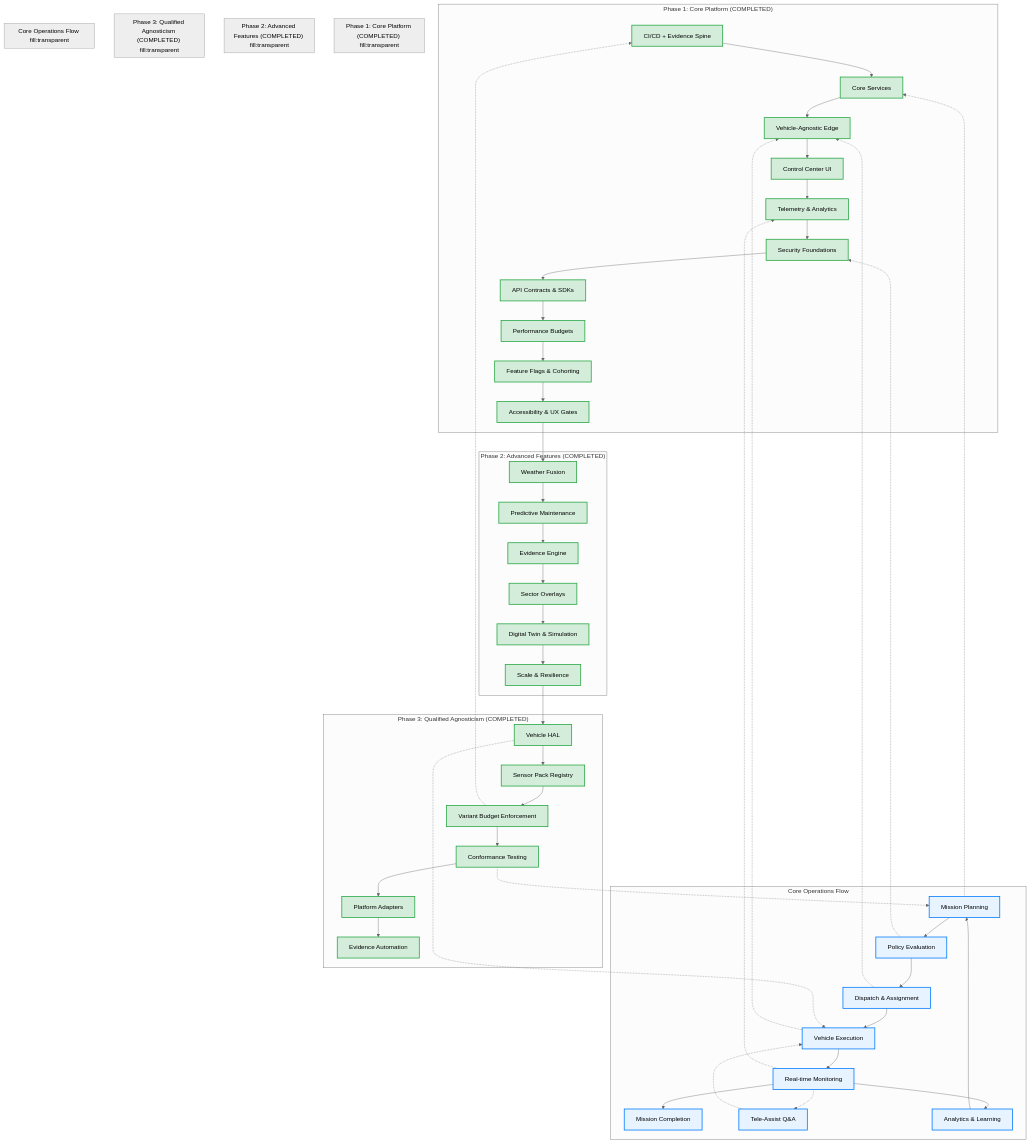
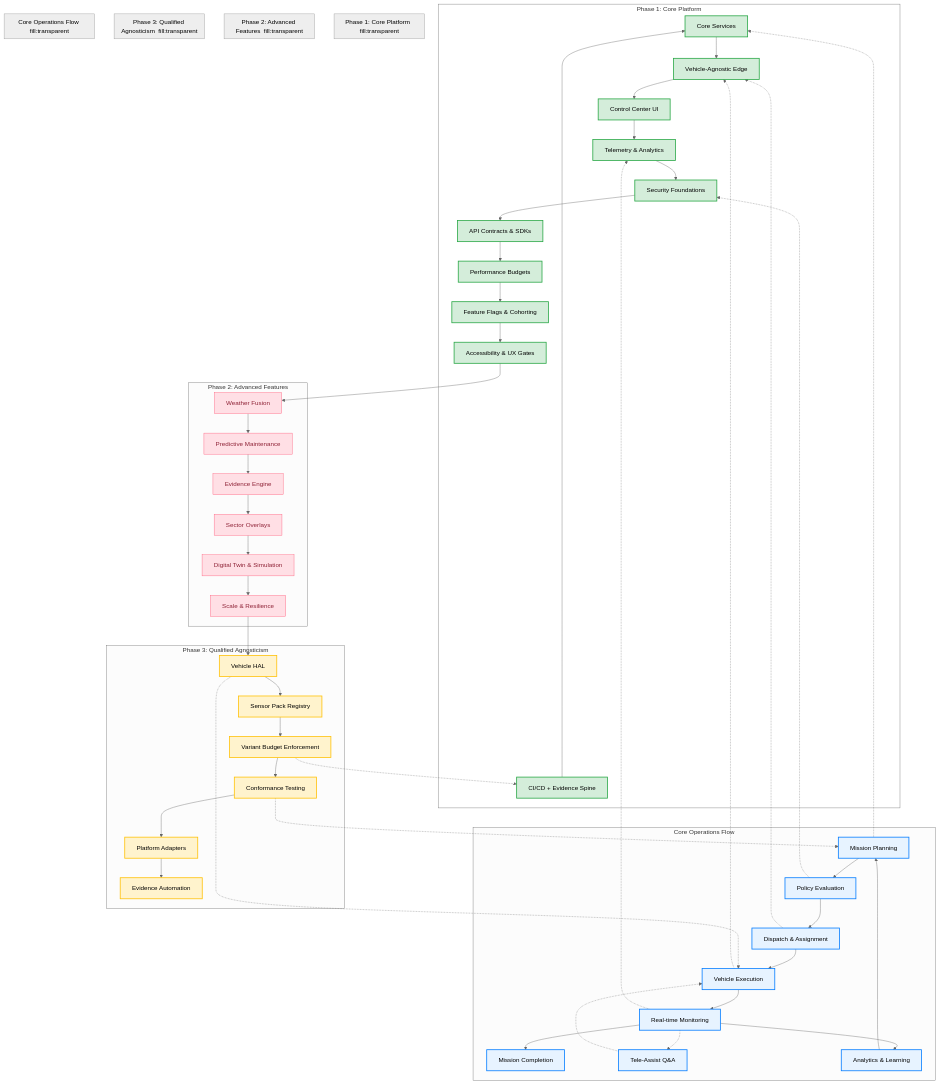
Before and after one commit to suprachakra/AtlasMesh-Fleet-OS: the third of 10 diagrams in README.md, drawn with Mermaid (neutral theme).

````diff
--- a/README.md
+++ b/README.md
@@ -239,72 +239,123 @@
 ```mermaid
-graph TB
-    subgraph "Phase 1: Core Platform (COMPLETED)"
-        A1[CI/CD + Evidence Spine] --> A2[Core Services]
-        A2 --> A3[Vehicle-Agnostic Edge]
-        A3 --> A4[Control Center UI]
-        A4 --> A5[Telemetry & Analytics]
-        A5 --> A6[Security Foundations]
-        A6 --> A7[API Contracts & SDKs]
-        A7 --> A8[Performance Budgets]
-        A8 --> A9[Feature Flags & Cohorting]
-        A9 --> A10[Accessibility & UX Gates]
-    end
-    
-    subgraph "Phase 2: Advanced Features (COMPLETED)"
-        B1[Weather Fusion] --> B2[Predictive Maintenance]
-        B2 --> B3[Evidence Engine]
-        B3 --> B4[Sector Overlays]
-        B4 --> B5[Digital Twin & Simulation]
-        B5 --> B6[Scale & Resilience]
-    end
-    
-    subgraph "Phase 3: Qualified Agnosticism (COMPLETED)"
-        D1[Vehicle HAL] --> D2[Sensor Pack Registry]
-        D2 --> D3[Variant Budget Enforcement]
-        D3 --> D4[Conformance Testing]
-        D4 --> D5[Platform Adapters]
-        D5 --> D6[Evidence Automation]
-    end
-    
-    subgraph "Core Operations Flow"
-        C1[Mission Planning] --> C2[Policy Evaluation]
-        C2 --> C3[Dispatch & Assignment]
-        C3 --> C4[Vehicle Execution]
-        C4 --> C5[Real-time Monitoring]
-        C5 --> C6[Mission Completion]
-        C5 -.-> C7[Tele-Assist Q&A]
-        C7 -.-> C4
-        C5 --> C8[Analytics & Learning]
-        C8 --> C1
-    end
-    
+flowchart TB
+ subgraph subGraph0["Phase 1: Core Platform"]
+        A2["Core Services"]
+        A1["CI/CD + Evidence Spine"]
+        A3["Vehicle-Agnostic Edge"]
+        A4["Control Center UI"]
+        A5["Telemetry & Analytics"]
+        A6["Security Foundations"]
+        A7["API Contracts & SDKs"]
+        A8["Performance Budgets"]
+        A9["Feature Flags & Cohorting"]
+        A10["Accessibility & UX Gates"]
+  end
+ subgraph subGraph1["Phase 2: Advanced Features"]
+        B2["Predictive Maintenance"]
+        B1["Weather Fusion"]
+        B3["Evidence Engine"]
+        B4["Sector Overlays"]
+        B5["Digital Twin & Simulation"]
+        B6["Scale & Resilience"]
+  end
+ subgraph subGraph2["Phase 3: Qualified Agnosticism"]
+        D2["Sensor Pack Registry"]
+        D1["Vehicle HAL"]
+        D3["Variant Budget Enforcement"]
+        D4["Conformance Testing"]
+        D5["Platform Adapters"]
+        D6["Evidence Automation"]
+  end
+ subgraph subGraph3["Core Operations Flow"]
+        C2["Policy Evaluation"]
+        C1["Mission Planning"]
+        C3["Dispatch & Assignment"]
+        C4["Vehicle Execution"]
+        C5["Real-time Monitoring"]
+        C6["Mission Completion"]
+        C7["Tele-Assist Q&A"]
+        C8["Analytics & Learning"]
+  end
+ subgraph subGraph4["Phase 1: Core Platform  fill:transparent"]
+  end
+ subgraph subGraph5["Phase 2: Advanced Features  fill:transparent"]
+  end
+ subgraph subGraph6["Phase 3: Qualified Agnosticism  fill:transparent"]
+  end
+ subgraph subGraph7["Core Operations Flow fill:transparent"]
+  end
+    A1 --> A2
+    A2 --> A3
+    A3 --> A4
+    A4 --> A5
+    A5 --> A6
+    A6 --> A7
+    A7 --> A8
+    A8 --> A9
+    A9 --> A10
+    B1 --> B2
+    B2 --> B3
+    B3 --> B4
+    B4 --> B5
+    B5 --> B6
+    D1 --> D2
+    D2 --> D3
+    D3 --> D4
+    D4 --> D5
+    D5 --> D6
+    C1 --> C2
+    C2 --> C3
+    C3 --> C4
+    C4 --> C5
+    C5 --> C6 & C8
+    C5 -.-> C7 & A5
+    C7 -.-> C4
+    C8 --> C1
     A10 --> B1
     B6 --> D1
     C1 -.-> A2
     C2 -.-> A6
     C3 -.-> A3
     C4 -.-> A3
-    C5 -.-> A5
     D1 -.-> C4
     D3 -.-> A1
     D4 -.-> C1
-    
-    classDef completed fill:#d4edda,stroke:#28a745,stroke-width:2px
-    classDef pending fill:#fff3cd,stroke:#ffc107,stroke-width:2px
+
+     A2:::completed
+     A1:::completed
+     A3:::completed
+     A4:::completed
+     A5:::completed
+     A6:::completed
+     A7:::completed
+     A8:::completed
+     A9:::completed
+     A10:::completed
+     B2:::Rose
+     B1:::Rose
+     B3:::Rose
+     B4:::Rose
+     B5:::Rose
+     B6:::Rose
+     D2:::pending
+     D1:::pending
+     D3:::pending
+     D4:::pending
+     D5:::pending
+     D6:::pending
+     C2:::operations
+     C1:::operations
+     C3:::operations
+     C4:::operations
+     C5:::operations
+     C6:::operations
+     C7:::operations
+     C8:::operations
     classDef operations fill:#e7f3ff,stroke:#007bff,stroke-width:2px
-    
-    class A1,A2,A3,A4,A5,A6,A7,A8,A9,A10 completed
-    class B1,B2,B3,B4,B5,B6 completed
-    class D1,D2,D3,D4,D5,D6 completed
-    class C1,C2,C3,C4,C5,C6,C7,C8 operations
-    
-    %% SubGraph styling
-    subgraph "Phase 1: Core Platform (COMPLETED)" fill:transparent
-    end
-    subgraph "Phase 2: Advanced Features (COMPLETED)" fill:transparent
-    end
-    subgraph "Phase 3: Qualified Agnosticism (COMPLETED)" fill:transparent
-    end
-    subgraph "Core Operations Flow" fill:transparent
-    end
+    classDef completed fill:#d4edda, stroke:#28a745, stroke-width:2px
+    classDef pending fill:#fff3cd, stroke:#ffc107, stroke-width:2px
+    classDef Rose stroke-width:1px, stroke-dasharray:none, stroke:#FF5978, fill:#FFDFE5, color:#8E2236
+    classDef Peach stroke-width:1px, stroke-dasharray:none, stroke:#FBB35A, fill:#FFEFDB, color:#8F632D
+    style subGraph0 fill:transparent
+
 ```
````
